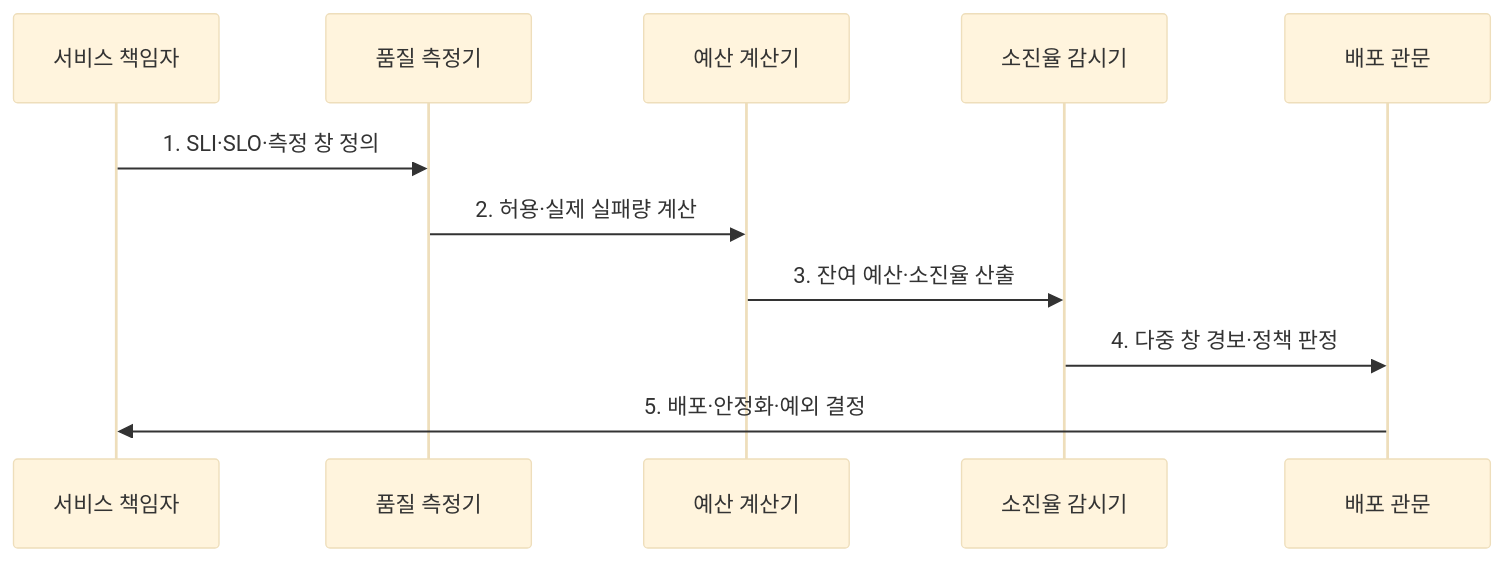
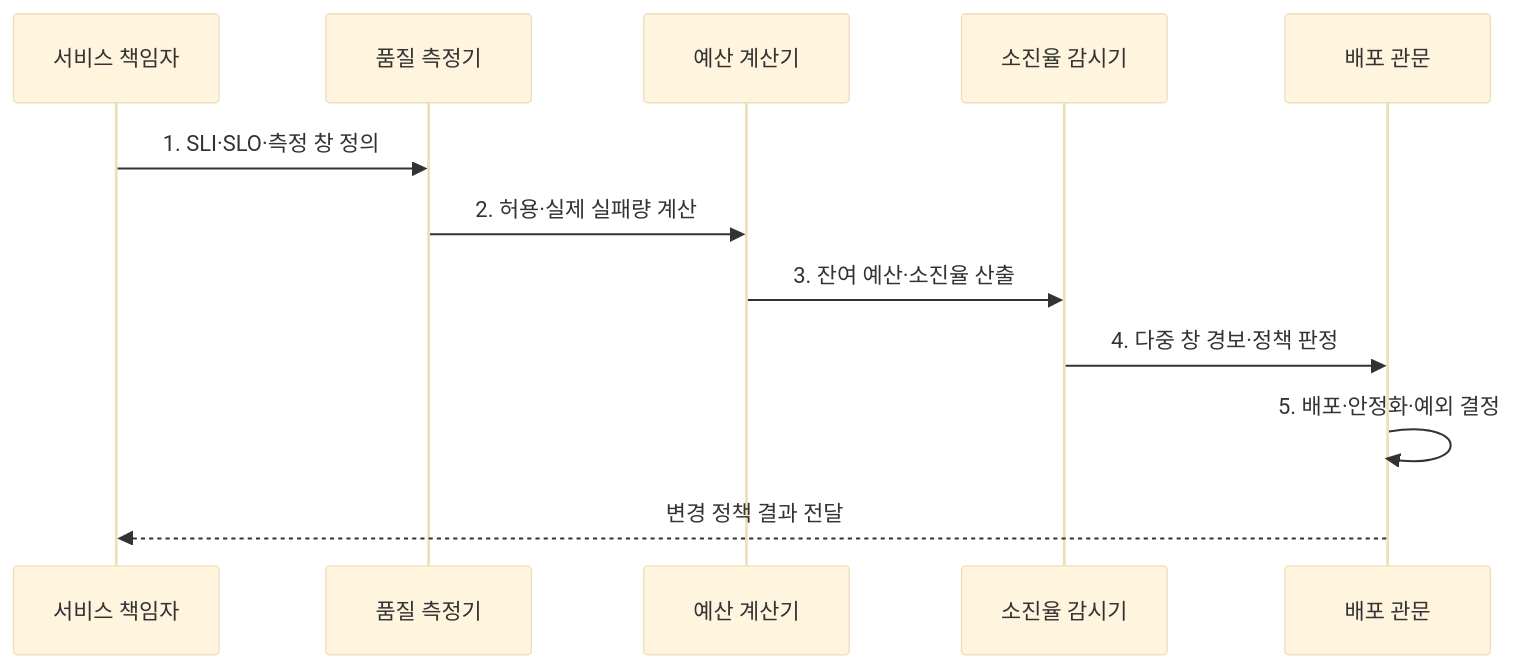
Before and after one commit to agnusdei1207/knowledge-base: the second of 2 diagrams in src/content/docs/notes/06-evaluation/016_error_budget.md, drawn with Mermaid (base theme). The commit also changed other lines of this file and 20 other files, not shown here.

````diff
--- a/src/content/docs/notes/06-evaluation/016_error_budget.md
+++ b/src/content/docs/notes/06-evaluation/016_error_budget.md
@@ -83,13 +84,14 @@
 ```mermaid
 sequenceDiagram
   participant O as 서비스 책임자
   participant M as 품질 측정기
   participant B as 예산 계산기
   participant R as 소진율 감시기
   participant G as 배포 관문
   O->>M: 1. SLI·SLO·측정 창 정의
   M->>B: 2. 허용·실제 실패량 계산
   B->>R: 3. 잔여 예산·소진율 산출
   R->>G: 4. 다중 창 경보·정책 판정
-  G->>O: 5. 배포·안정화·예외 결정
+  G->>G: 5. 배포·안정화·예외 결정
+  G-->>O: 변경 정책 결과 전달
 ```
````
